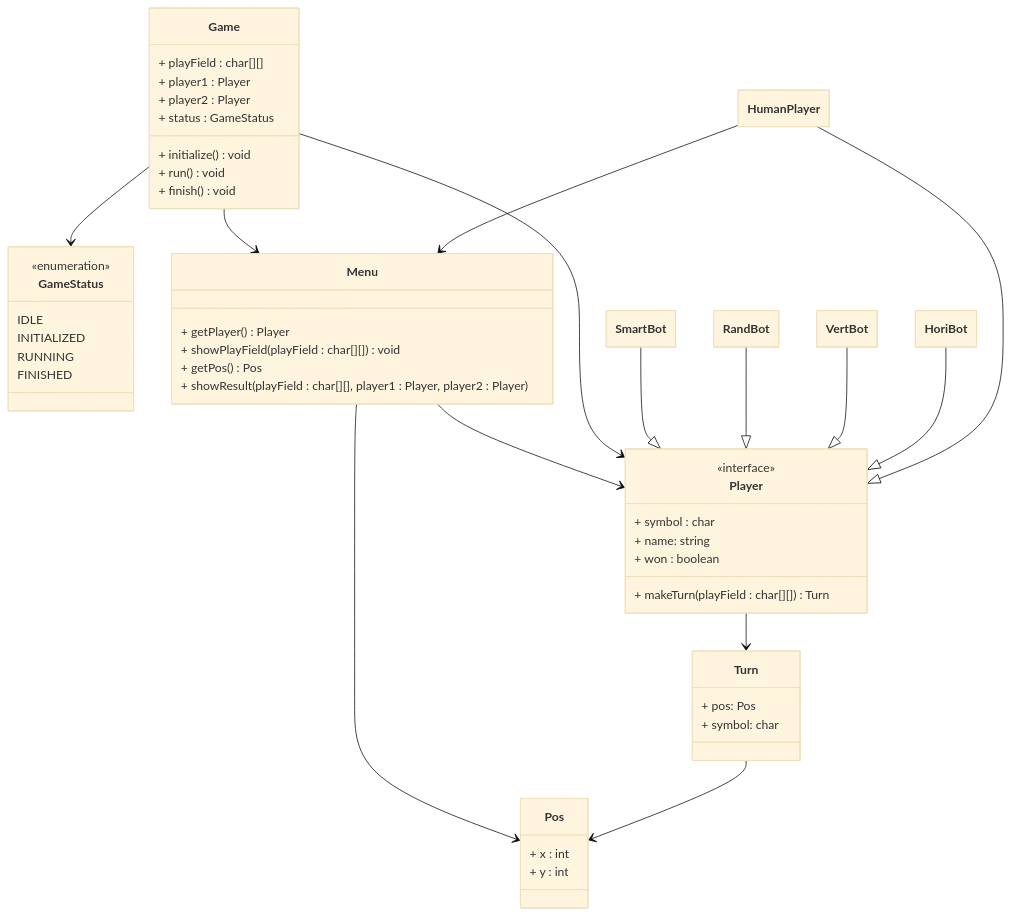
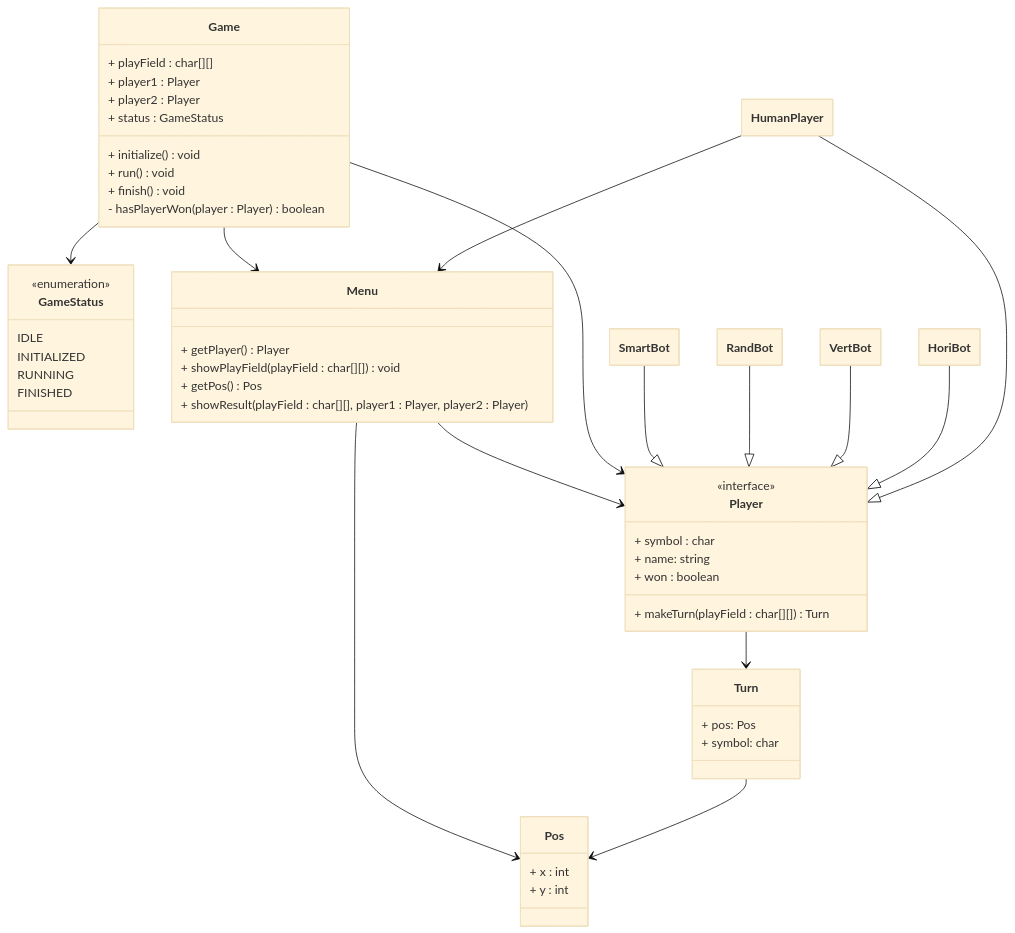
The diagram in README.md (locxter-dhbw/T4INF1004.2-Programmieren-2-Uebungsprojekt), drawn with Mermaid (base theme) before and after one commit. The commit also changed 12 other files, not shown here.

````diff
--- a/README.md
+++ b/README.md
@@ -7,65 +7,66 @@
 ```mermaid
 ---
     config:
         class:
             hideEmptyMembersBox: true
 ---
 classDiagram
 	%% Classes
     class Game {
         + playField : char[][]
         + player1 : Player
         + player2 : Player
         + status : GameStatus
         + initialize() void
         + run() void
         + finish() void
+        - hasPlayerWon(player : Player) boolean
     }
     class GameStatus {
         <<enumeration>>
         IDLE
         INITIALIZED
         RUNNING
         FINISHED
     }
     class Player {
         <<interface>>
         + symbol : char
         + name: string
         + won : boolean
         + makeTurn(playField : char[][]) Turn
     }
     class HumanPlayer
     class HoriBot
     class VertBot
     class RandBot
     class SmartBot
     class Pos {
         + x : int
         + y : int
     }
     class Turn {
         + pos: Pos
         + symbol: char
     }
     class Menu {
         + getPlayer() Player
         + showPlayField(playField : char[][]) void
         + getPos() Pos
         + showResult(playField : char[][], player1 : Player, player2 : Player)
     }
     %% Relationships
     HumanPlayer --|> Player
     HoriBot  --|> Player
     VertBot --|> Player
     RandBot --|> Player
     SmartBot --|> Player
     Turn --> Pos
     Menu --> Pos
     Player --> Turn
     HumanPlayer --> Menu
     Game --> Menu
     Game --> GameStatus
     Game --> Player
     Menu --> Player
 ```
````
